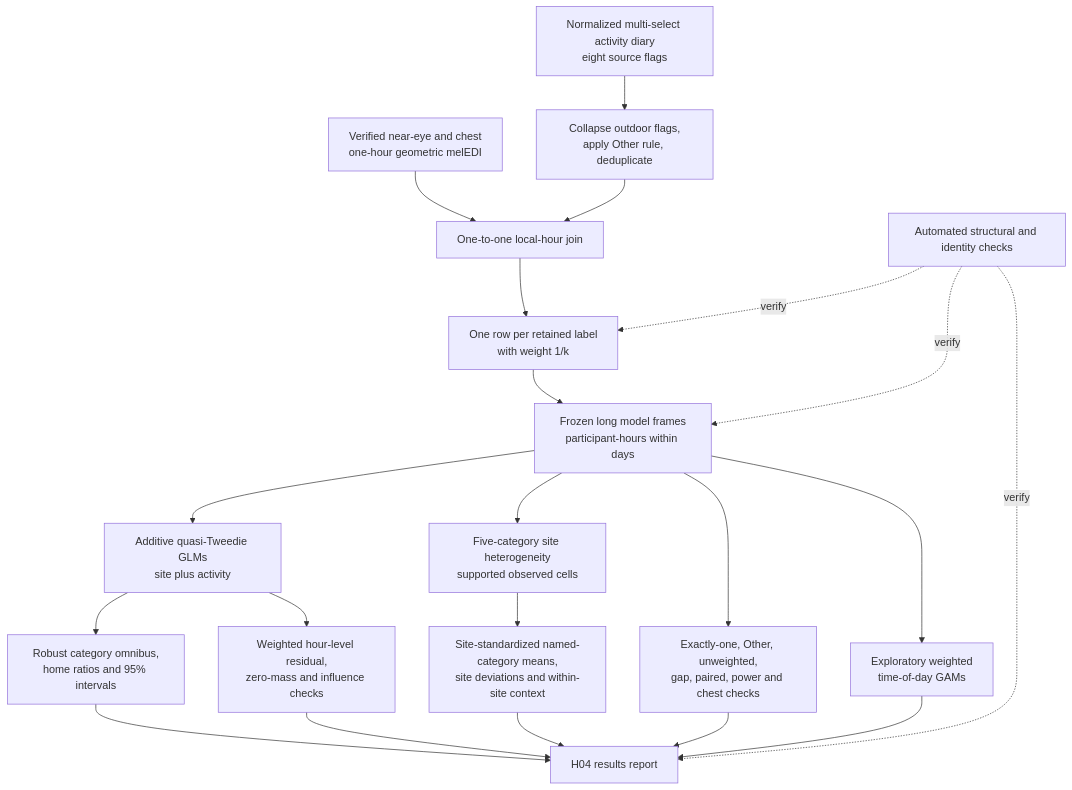
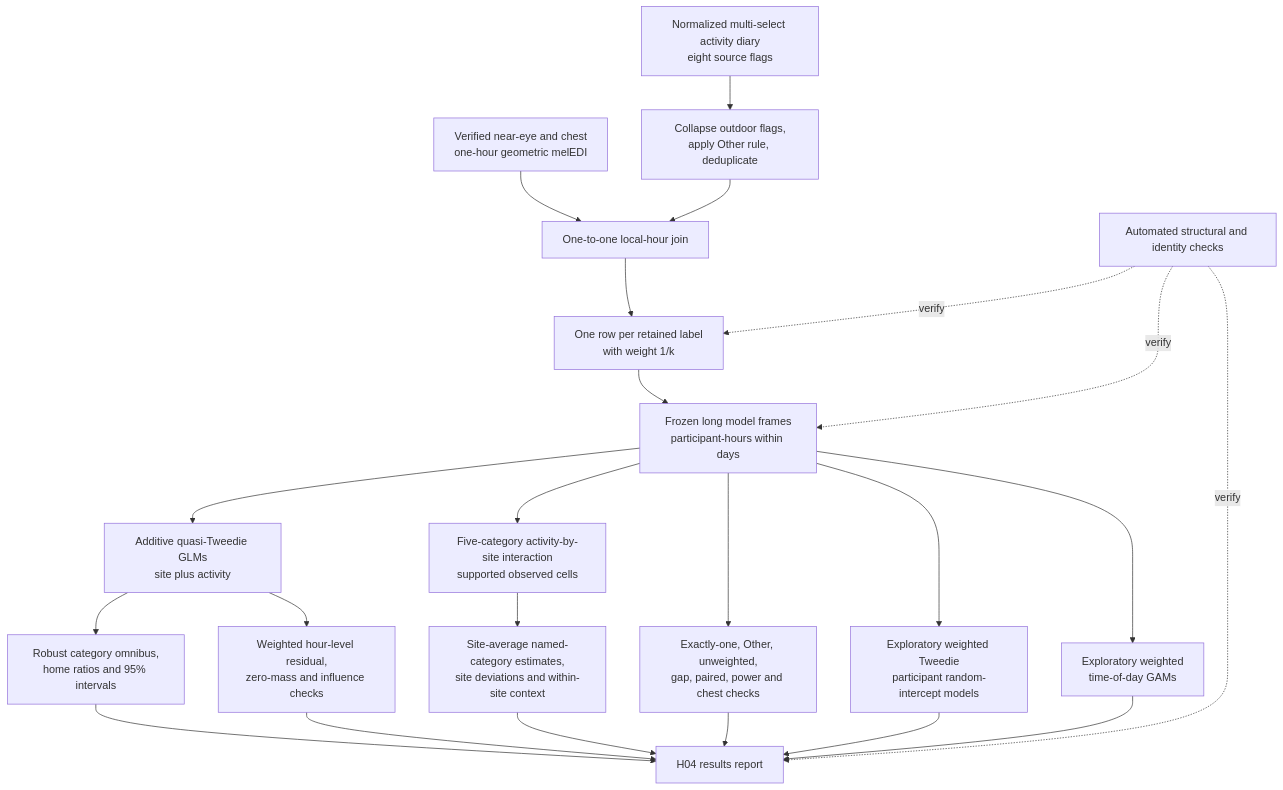
Before and after one commit to tscnlab/ZaunerEtAl_bioRxiv_2026: the diagram in audit/hypotheses/H04/H04_analysis_preparation.qmd, drawn with Mermaid. The commit also changed other lines of this file and 14 other files, not shown here.

````diff
--- a/audit/hypotheses/H04/H04_analysis_preparation.qmd
+++ b/audit/hypotheses/H04/H04_analysis_preparation.qmd
@@ -274,23 +334,25 @@
 ```{mermaid}
 flowchart TD
   A["Verified near-eye and chest<br/>one-hour geometric melEDI"] --> D["One-to-one local-hour join"]
   B["Normalized multi-select activity diary<br/>eight source flags"] --> C["Collapse outdoor flags,<br/>apply Other rule, deduplicate"]
   C --> D
   D --> E["One row per retained label<br/>with weight 1/k"]
   E --> F["Frozen long model frames<br/>participant-hours within days"]
   F --> G["Additive quasi-Tweedie GLMs<br/>site plus activity"]
-  F --> H["Five-category site heterogeneity<br/>supported observed cells"]
+  F --> H["Five-category activity-by-site interaction<br/>supported observed cells"]
   G --> I["Robust category omnibus,<br/>home ratios and 95% intervals"]
-  H --> J["Site-standardized named-category means,<br/>site deviations and within-site context"]
+  H --> J["Site-average named-category estimates,<br/>site deviations and within-site context"]
   G --> K["Weighted hour-level residual,<br/>zero-mass and influence checks"]
   F --> L["Exactly-one, Other, unweighted,<br/>gap, paired, power and chest checks"]
+  F --> P["Exploratory weighted Tweedie<br/>participant random-intercept models"]
   F --> M["Exploratory weighted<br/>time-of-day GAMs"]
   I --> N["H04 results report"]
   J --> N
   K --> N
   L --> N
+  P --> N
   M --> N
   O["Automated structural and identity checks"] -. verify .-> E
   O -. verify .-> F
   O -. verify .-> N
 ```
````
